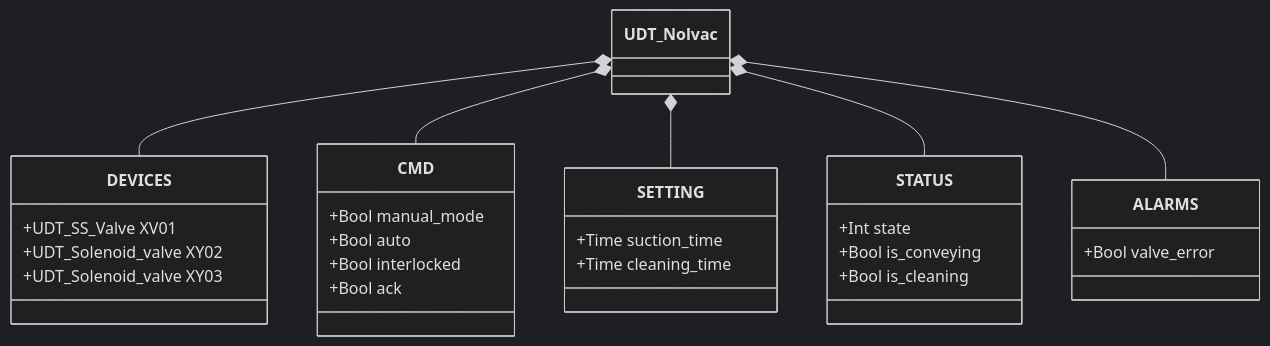
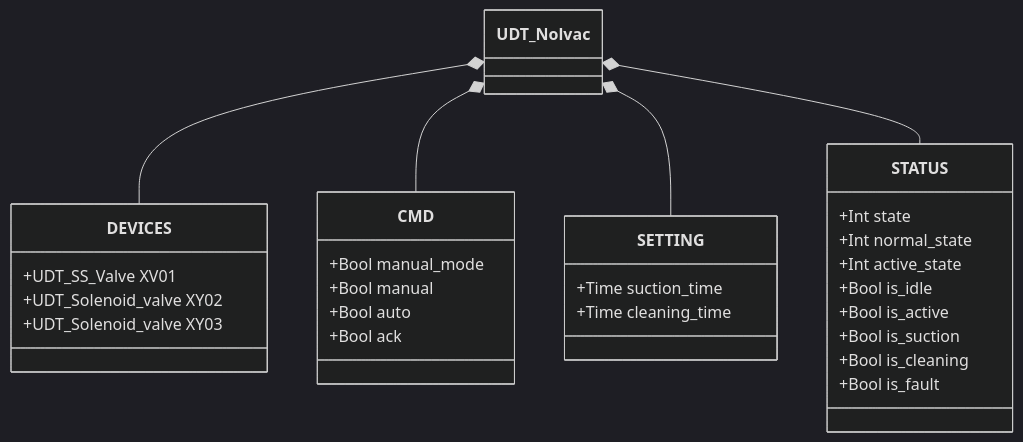
Before and after one commit to AleFire99/TIA_knowledge: the second of 2 diagrams in docs/library/nolvac/index.en.md, drawn with Mermaid (dark theme). The commit also changed other lines of this file and 199 other files, not shown here.

````diff
--- a/docs/library/nolvac/index.en.md
+++ b/docs/library/nolvac/index.en.md
@@ -72,32 +94,33 @@
 ```mermaid
 classDiagram
     class UDT_Nolvac
     class DEVICES {
         +UDT_SS_Valve XV01
         +UDT_Solenoid_valve XY02
         +UDT_Solenoid_valve XY03
     }
     class CMD {
         +Bool manual_mode
+        +Bool manual
         +Bool auto
-        +Bool interlocked
         +Bool ack
     }
     class SETTING {
         +Time suction_time
         +Time cleaning_time
     }
     class STATUS {
         +Int state
-        +Bool is_conveying
+        +Int normal_state
+        +Int active_state
+        +Bool is_idle
+        +Bool is_active
+        +Bool is_suction
         +Bool is_cleaning
-    }
-    class ALARMS {
-        +Bool valve_error
+        +Bool is_fault
     }
     UDT_Nolvac *-- DEVICES
     UDT_Nolvac *-- CMD
     UDT_Nolvac *-- SETTING
     UDT_Nolvac *-- STATUS
-    UDT_Nolvac *-- ALARMS
 ```
````
